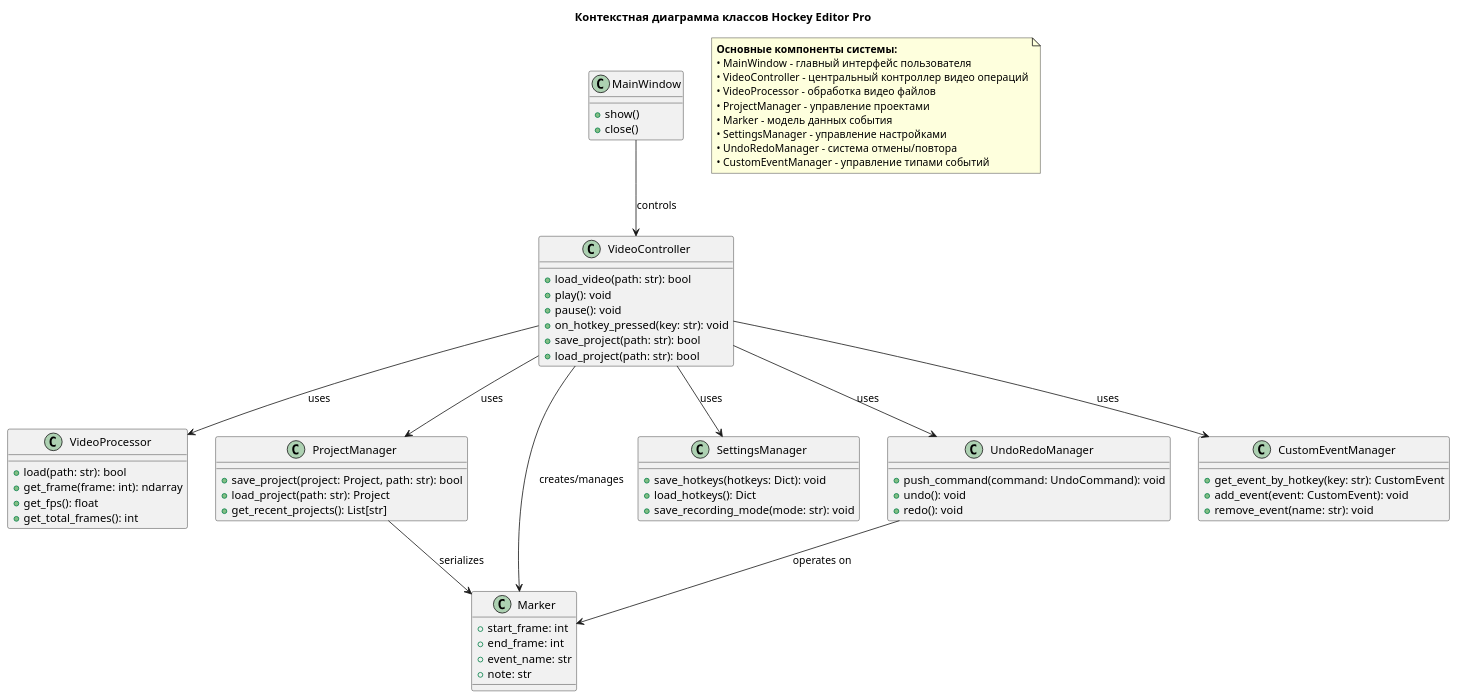
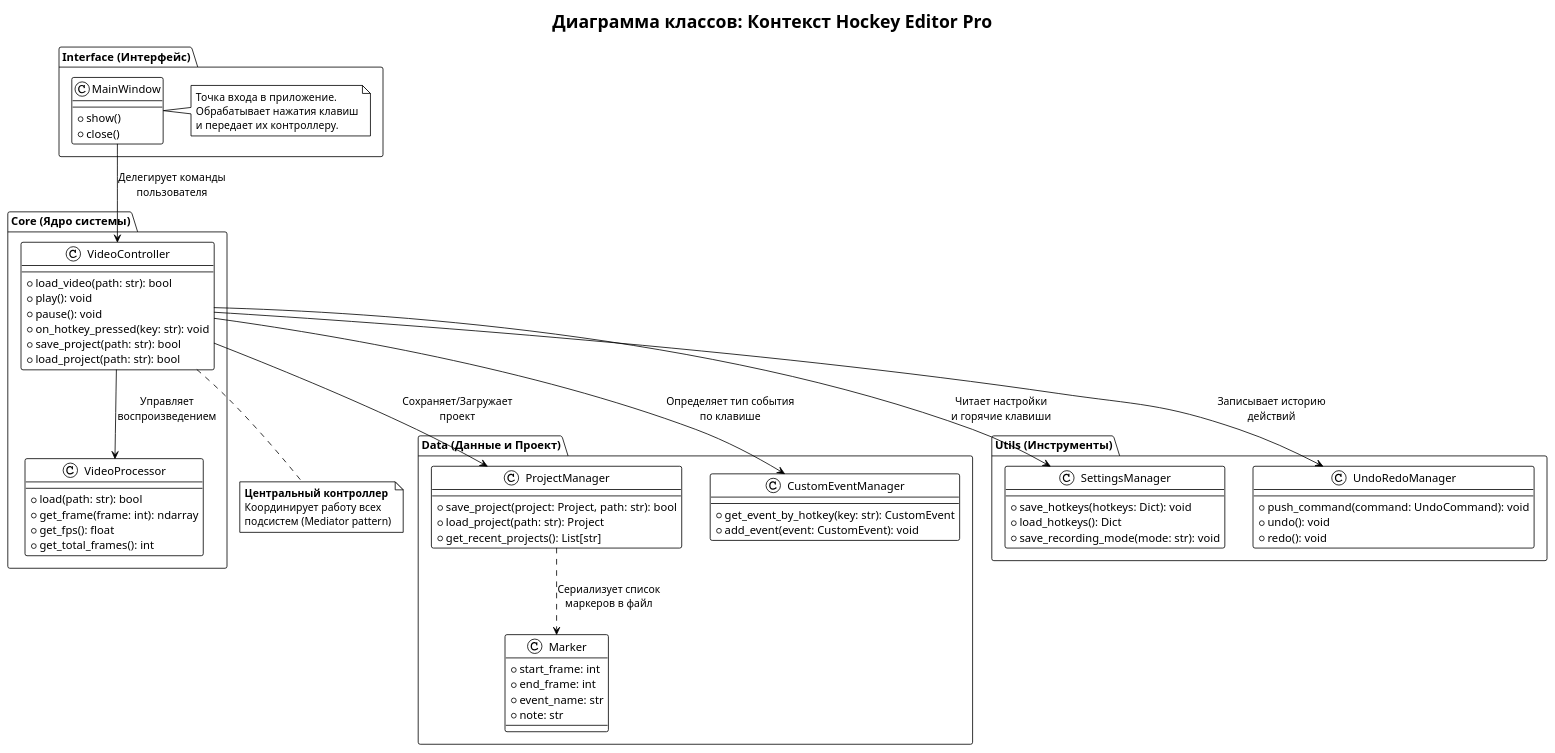
One commit to mijeha4/hockey_editor changed the diagram in docs/uml/context_class_diagram.puml. Above: the diagram before and after it, drawn with PlantUML. The commit also changed 14 other files, not shown here.

Commit message:
небольшие технические исправления в создании отрезков и доработанные диаграммы

```diff
--- a/docs/uml/context_class_diagram.puml
+++ b/docs/uml/context_class_diagram.puml
@@ -1,81 +1,91 @@
-@startuml Hockey Editor Context Class Diagram
-title Контекстная диаграмма классов Hockey Editor Pro
+@startuml
+!theme plain
+title Диаграмма классов: Контекст Hockey Editor Pro
 
-class MainWindow {
-    +show()
-    +close()
+' =================== ГРУППА UI (ИНТЕРФЕЙС) ===================
+package "Interface (Интерфейс)" {
+    class MainWindow {
+        +show()
+        +close()
+    }
+    note right of MainWindow
+      Точка входа в приложение.
+      Обрабатывает нажатия клавиш
+      и передает их контроллеру.
+    end note
 }
 
-class VideoController {
-    +load_video(path: str): bool
-    +play(): void
-    +pause(): void
-    +on_hotkey_pressed(key: str): void
-    +save_project(path: str): bool
-    +load_project(path: str): bool
+' =================== ГРУППА CORE (ЯДРО) ===================
+package "Core (Ядро системы)" {
+    class VideoController {
+        +load_video(path: str): bool
+        +play(): void
+        +pause(): void
+        +on_hotkey_pressed(key: str): void
+        +save_project(path: str): bool
+        +load_project(path: str): bool
+    }
+
+    class VideoProcessor {
+        +load(path: str): bool
+        +get_frame(frame: int): ndarray
+        +get_fps(): float
+        +get_total_frames(): int
+    }
 }
 
-class VideoProcessor {
-    +load(path: str): bool
-    +get_frame(frame: int): ndarray
-    +get_fps(): float
-    +get_total_frames(): int
+' =================== ГРУППА DATA (ДАННЫЕ) ===================
+package "Data (Данные и Проект)" {
+    class ProjectManager {
+        +save_project(project: Project, path: str): bool
+        +load_project(path: str): Project
+        +get_recent_projects(): List[str]
+    }
+
+    class CustomEventManager {
+        +get_event_by_hotkey(key: str): CustomEvent
+        +add_event(event: CustomEvent): void
+    }
+
+    class Marker {
+        +start_frame: int
+        +end_frame: int
+        +event_name: str
+        +note: str
+    }
 }
 
-class ProjectManager {
-    +save_project(project: Project, path: str): bool
-    +load_project(path: str): Project
-    +get_recent_projects(): List[str]
+' =================== ГРУППА UTILS (УТИЛИТЫ) ===================
+package "Utils (Инструменты)" {
+    class SettingsManager {
+        +save_hotkeys(hotkeys: Dict): void
+        +load_hotkeys(): Dict
+        +save_recording_mode(mode: str): void
+    }
+
+    class UndoRedoManager {
+        +push_command(command: UndoCommand): void
+        +undo(): void
+        +redo(): void
+    }
 }
 
-class Marker {
-    +start_frame: int
-    +end_frame: int
-    +event_name: str
-    +note: str
-}
+' =================== СВЯЗИ (RELATIONSHIPS) ===================
 
-class SettingsManager {
-    +save_hotkeys(hotkeys: Dict): void
-    +load_hotkeys(): Dict
-    +save_recording_mode(mode: str): void
-}
+MainWindow --> VideoController : Делегирует команды\nпользователя
 
-class UndoRedoManager {
-    +push_command(command: UndoCommand): void
-    +undo(): void
-    +redo(): void
-}
+VideoController --> VideoProcessor : Управляет\nвоспроизведением
+VideoController --> ProjectManager : Сохраняет/Загружает\nпроект
+VideoController --> SettingsManager : Читает настройки\nи горячие клавиши
+VideoController --> UndoRedoManager : Записывает историю\nдействий
+VideoController --> CustomEventManager : Определяет тип события\nпо клавише
 
-class CustomEventManager {
-    +get_event_by_hotkey(key: str): CustomEvent
-    +add_event(event: CustomEvent): void
-    +remove_event(name: str): void
-}
+ProjectManager ..> Marker : Сериализует список\nмаркеров в файл
 
-' Main relationships
-MainWindow --> VideoController : controls
-VideoController --> VideoProcessor : uses
-VideoController --> ProjectManager : uses
-VideoController --> SettingsManager : uses
-VideoController --> UndoRedoManager : uses
-VideoController --> CustomEventManager : uses
-VideoController --> Marker : creates/manages
-
-' Marker relationships
-ProjectManager --> Marker : serializes
-UndoRedoManager --> Marker : operates on
-
-note as N1
-  **Основные компоненты системы:**
-  • MainWindow - главный интерфейс пользователя
-  • VideoController - центральный контроллер видео операций
-  • VideoProcessor - обработка видео файлов
-  • ProjectManager - управление проектами
-  • Marker - модель данных события
-  • SettingsManager - управление настройками
-  • UndoRedoManager - система отмены/повтора
-  • CustomEventManager - управление типами событий
+note bottom of VideoController
+  <b>Центральный контроллер</b>
+  Координирует работу всех
+  подсистем (Mediator pattern)
 end note
 
 @enduml
```
